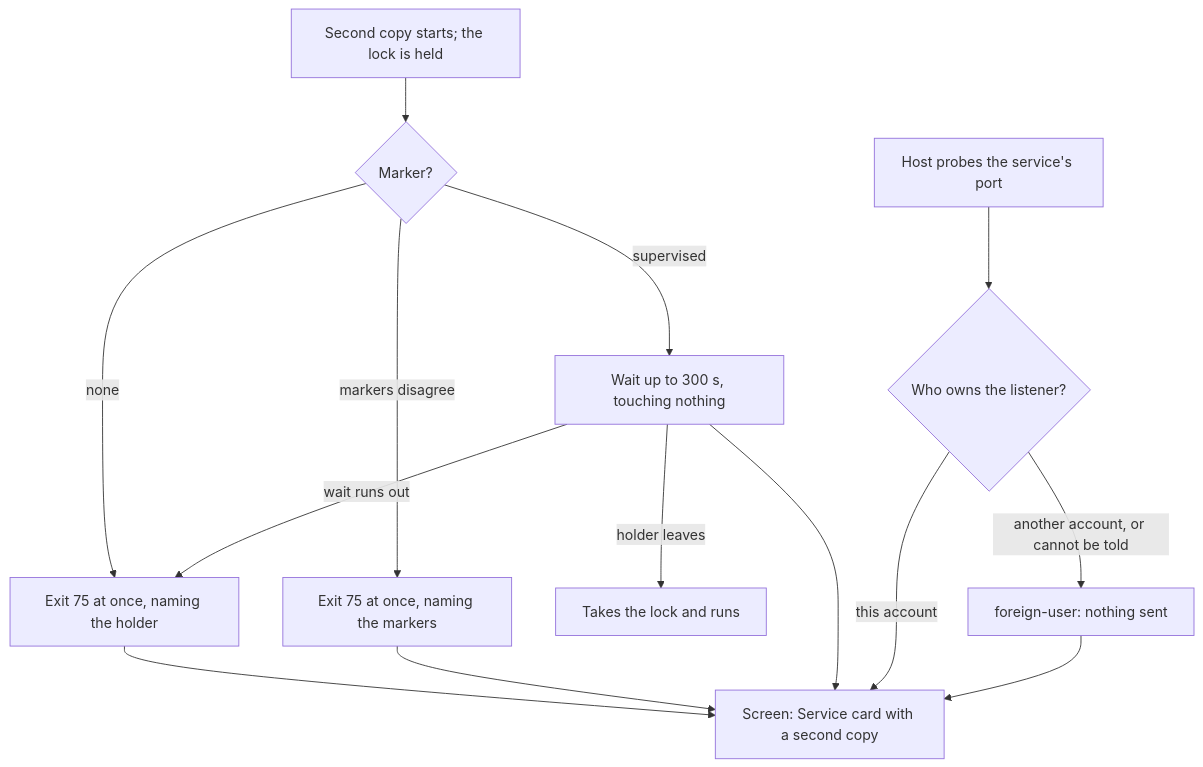
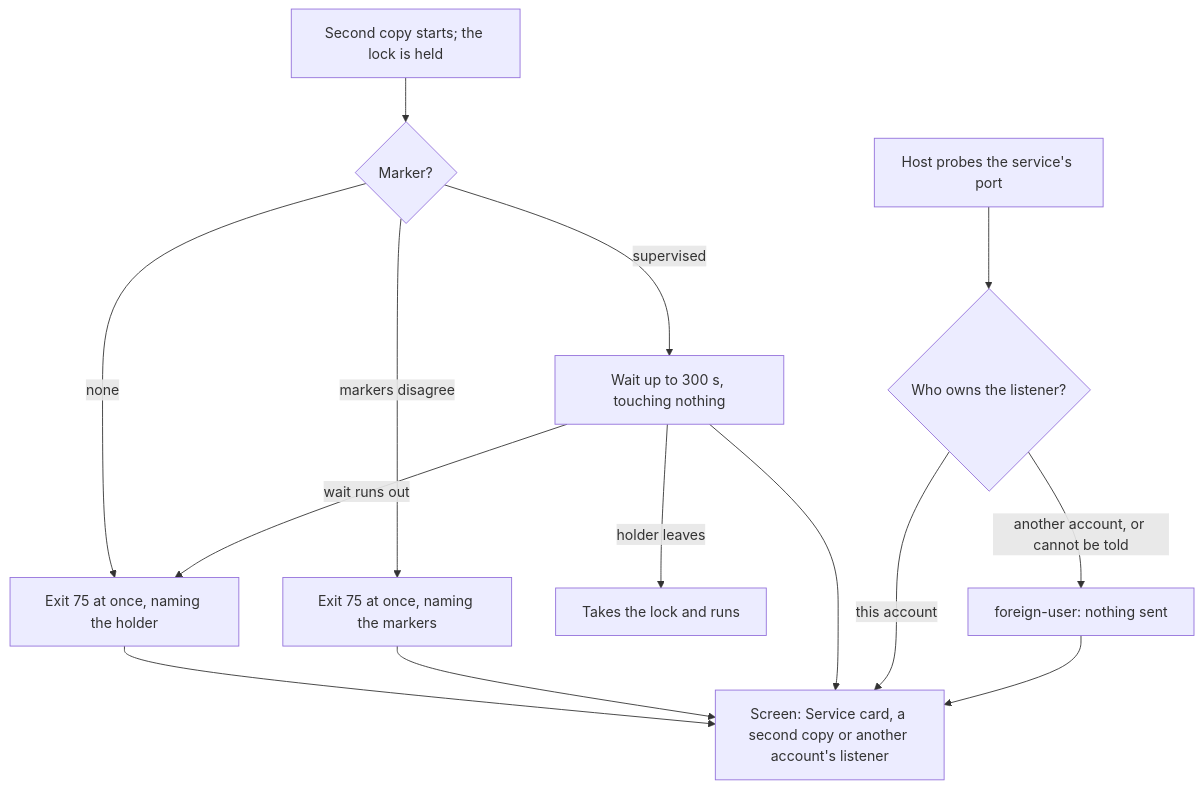
One commit to passioncode-ai/fabric-agent-contract changed diagram 17 of 34 in docs/ux/flows.md. Above: the diagram before and after it, drawn with Mermaid. The commit also changed other lines of this file and 15 other files, not shown here.

````diff
--- a/docs/ux/flows.md
+++ b/docs/ux/flows.md
@@ -427,16 +427,16 @@
 ```mermaid
 flowchart TD
   S[Second copy starts; the lock is held] --> M{Marker?}
   M -->|none| X[Exit 75 at once, naming the holder]
   M -->|markers disagree| C[Exit 75 at once, naming the markers]
   M -->|supervised| W[Wait up to 300 s, touching nothing]
   W -->|holder leaves| T[Takes the lock and runs]
   W -->|wait runs out| X
-  X --> V[Screen: Service card with a second copy]
+  X --> V[Screen: Service card, a second copy or another account's listener]
   C --> V
   W --> V
   P[Host probes the service's port] --> O{Who owns the listener?}
   O -->|this account| V
   O -->|another account, or cannot be told| F[foreign-user: nothing sent]
   F --> V
 ```
````
